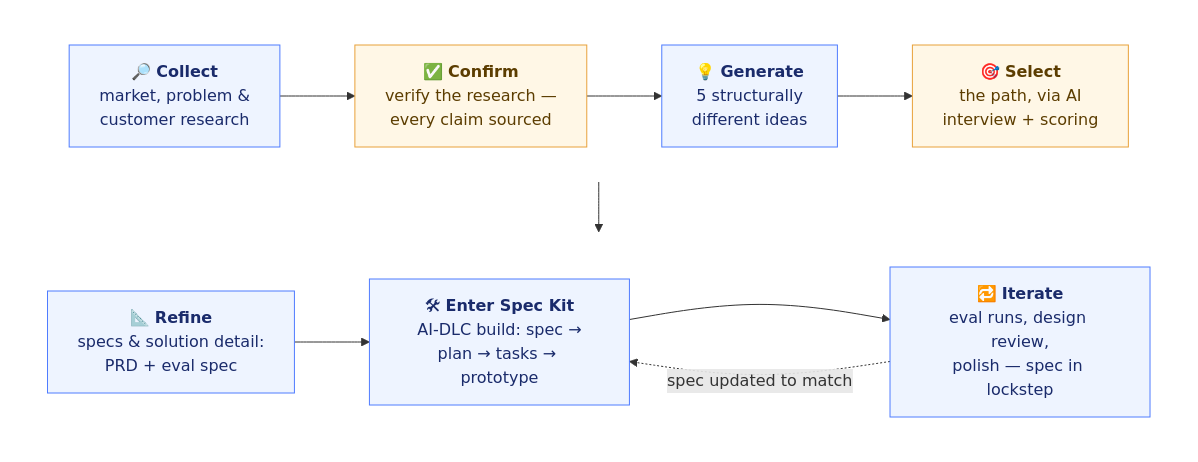
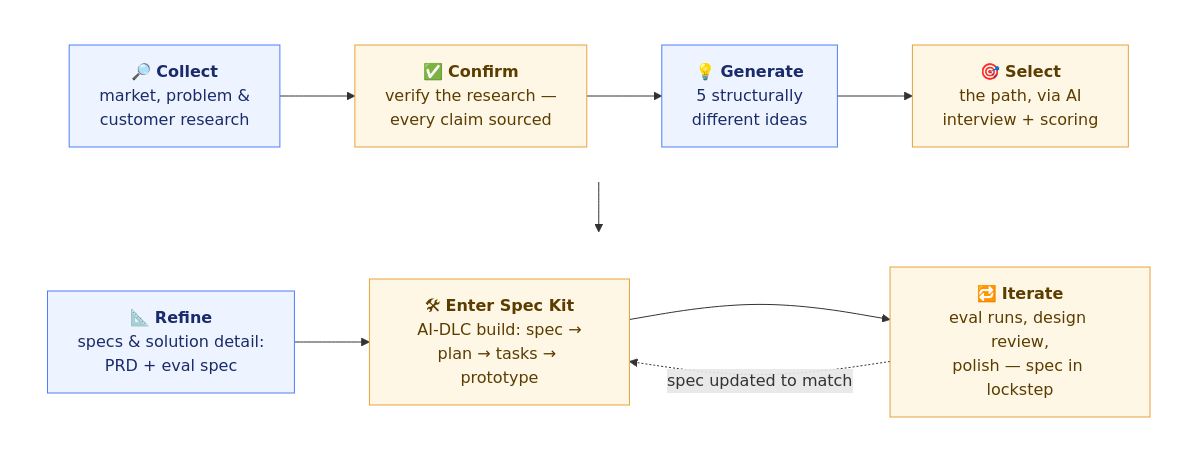
Before and after one commit to gilstrickland-ship-it/HCP-Case-Study: the diagram in README.md, drawn with Mermaid.

Commit message:
Revise class assignments for AI and human in README
Updated class definitions for AI and human roles in the diagram.

````diff
--- a/README.md
+++ b/README.md
@@ -76,27 +76,27 @@
 ```mermaid
 flowchart TB
     subgraph row1 [ ]
         direction LR
         A["🔎 <b>Collect</b><br/>market, problem &<br/>customer research"]
         B["✅ <b>Confirm</b><br/>verify the research —<br/>every claim sourced"]
         C["💡 <b>Generate</b><br/>5 structurally<br/>different ideas"]
         D["🎯 <b>Select</b><br/>the path, via AI<br/>interview + scoring"]
         A --> B --> C --> D
     end
     subgraph row2 [ ]
         direction LR
         E["📐 <b>Refine</b><br/>specs & solution detail:<br/>PRD + eval spec"]
         F["🛠 <b>Enter Spec Kit</b><br/>AI-DLC build: spec →<br/>plan → tasks → prototype"]
         G["🔁 <b>Iterate</b><br/>eval runs, design review,<br/>polish — spec in lockstep"]
         E --> F --> G
         G -. "spec updated to match" .-> F
     end
     row1 --> row2
 
     classDef ai fill:#eef4ff,stroke:#4f7cff,color:#1a2b6b
     classDef human fill:#fff7e6,stroke:#e8a13a,color:#5c3d00
     classDef lane fill:none,stroke:none
-    class A,C,E,F,G ai
-    class B,D human
+    class A,C,E ai
+    class B,D,F,G human
     class row1,row2 lane
 ```
````
